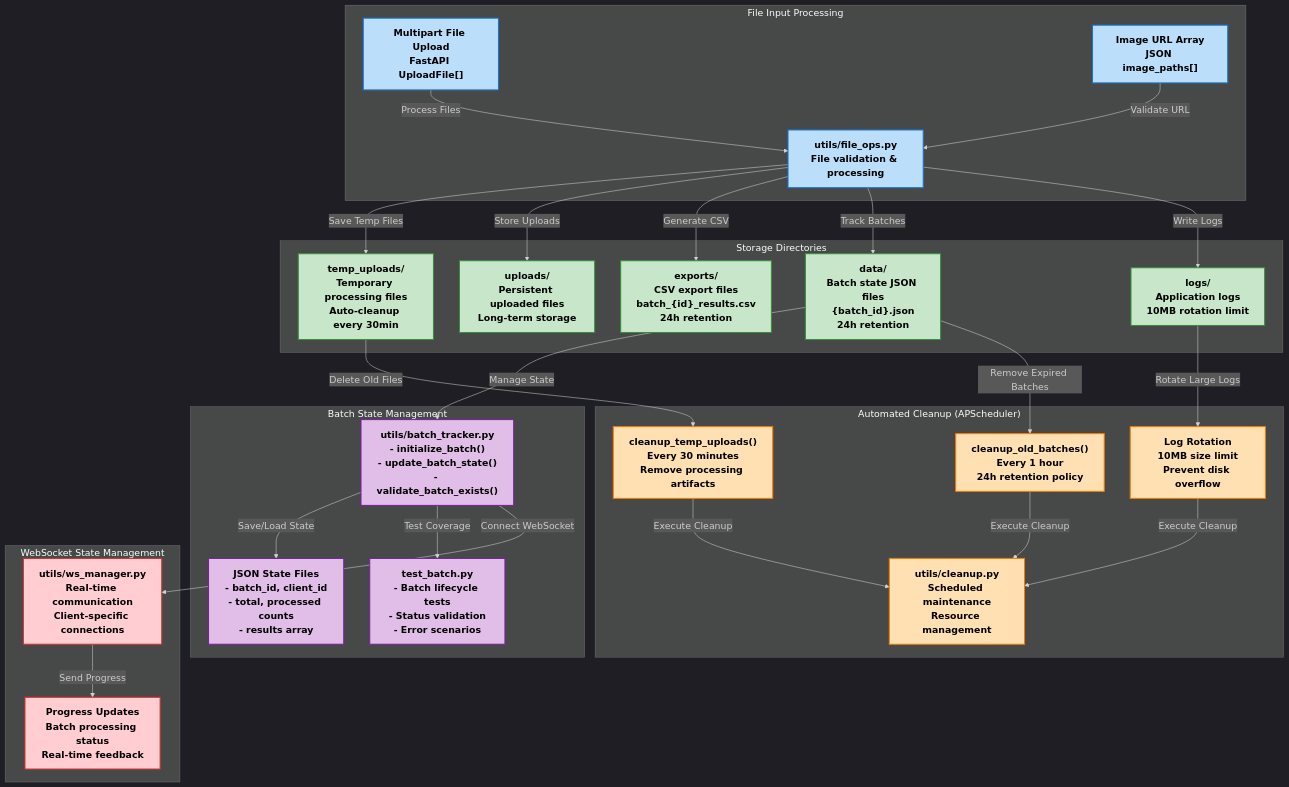
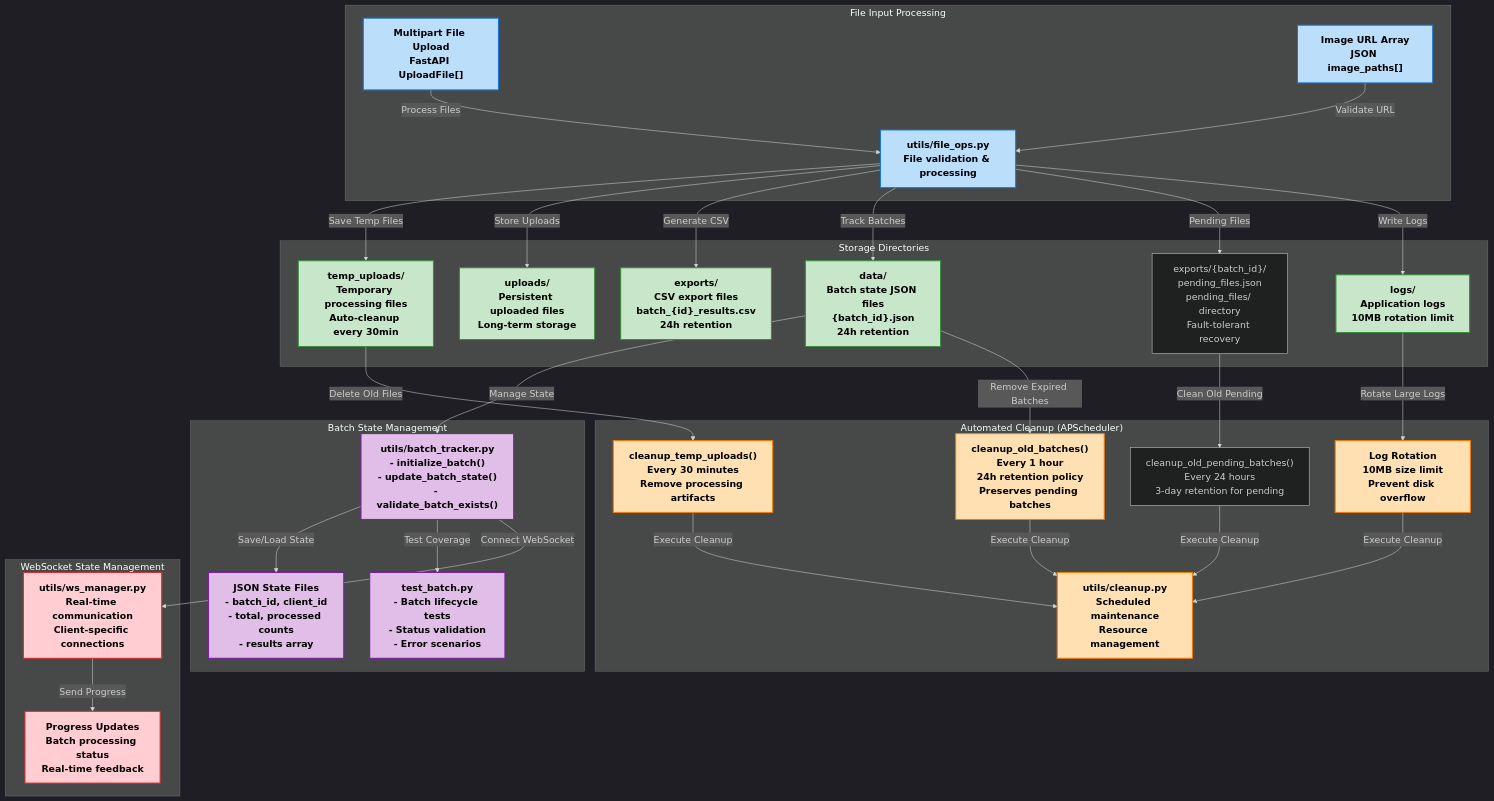
The ninth of 10 diagrams in README.md (Dhruv0306/SymphonyProject1), drawn with Mermaid before and after one commit. The commit also changed other lines of this file and 12 other files, not shown here.

First line of the commit message:
feat: implement resumable file batch recovery and pending image tracking

````diff
--- a/README.md
+++ b/README.md
@@ -962,53 +1047,56 @@
 ```mermaid
 %%{init: {'theme': 'dark', 'themeVariables': { 'fontFamily': 'arial', 'fontSize': '18px', 'fontWeight': 'bold'}}}%%
 graph TD
     subgraph "File Input Processing"
         style A1 fill:#bbdefb,stroke:#1976d2,stroke-width:2px,color:#000000,font-weight:bold
         style A2 fill:#bbdefb,stroke:#1976d2,stroke-width:2px,color:#000000,font-weight:bold
         style A3 fill:#bbdefb,stroke:#1976d2,stroke-width:2px,color:#000000,font-weight:bold
         A1["Multipart File Upload<br/>FastAPI UploadFile[]"] -->|"Process Files"| A3["utils/file_ops.py<br/>File validation & processing"]
         A2["Image URL Array<br/>JSON image_paths[]"] -->|"Validate URL"| A3
     end
 
     subgraph "Storage Directories"
         style B1 fill:#c8e6c9,stroke:#388e3c,stroke-width:2px,color:#000000,font-weight:bold
         style B2 fill:#c8e6c9,stroke:#388e3c,stroke-width:2px,color:#000000,font-weight:bold
         style B3 fill:#c8e6c9,stroke:#388e3c,stroke-width:2px,color:#000000,font-weight:bold
         style B4 fill:#c8e6c9,stroke:#388e3c,stroke-width:2px,color:#000000,font-weight:bold
         style B5 fill:#c8e6c9,stroke:#388e3c,stroke-width:2px,color:#000000,font-weight:bold
         A3 -->|"Save Temp Files"| B1["temp_uploads/<br/>Temporary processing files<br/>Auto-cleanup every 30min"]
         A3 -->|"Store Uploads"| B2["uploads/<br/>Persistent uploaded files<br/>Long-term storage"]
         A3 -->|"Generate CSV"| B3["exports/<br/>CSV export files<br/>batch_{id}_results.csv<br/>24h retention"]
         A3 -->|"Track Batches"| B4["data/<br/>Batch state JSON files<br/>{batch_id}.json<br/>24h retention"]
+        A3 -->|"Pending Files"| B6["exports/{batch_id}/<br/>pending_files.json<br/>pending_files/ directory<br/>Fault-tolerant recovery"]
         A3 -->|"Write Logs"| B5["logs/<br/>Application logs<br/>10MB rotation limit"]
     end
 
     subgraph "Batch State Management"
         style C1 fill:#e1bee7,stroke:#7b1fa2,stroke-width:2px,color:#000000,font-weight:bold
         style C2 fill:#e1bee7,stroke:#7b1fa2,stroke-width:2px,color:#000000,font-weight:bold
         style C3 fill:#e1bee7,stroke:#7b1fa2,stroke-width:2px,color:#000000,font-weight:bold
         B4 -->|"Manage State"| C1["utils/batch_tracker.py<br/>- initialize_batch()<br/>- update_batch_state()<br/>- validate_batch_exists()"]
         C1 -->|"Save/Load State"| C2["JSON State Files<br/>- batch_id, client_id<br/>- total, processed counts<br/>- results array"]
         C1 -->|"Test Coverage"| C3["test_batch.py<br/>- Batch lifecycle tests<br/>- Status validation<br/>- Error scenarios"]
     end
 
     subgraph "Automated Cleanup (APScheduler)"
         style D1 fill:#ffe0b2,stroke:#f57c00,stroke-width:2px,color:#000000,font-weight:bold
         style D2 fill:#ffe0b2,stroke:#f57c00,stroke-width:2px,color:#000000,font-weight:bold
         style D3 fill:#ffe0b2,stroke:#f57c00,stroke-width:2px,color:#000000,font-weight:bold
         style D4 fill:#ffe0b2,stroke:#f57c00,stroke-width:2px,color:#000000,font-weight:bold
         B1 -->|"Delete Old Files"| D1["cleanup_temp_uploads()<br/>Every 30 minutes<br/>Remove processing artifacts"]
-        B4 -->|"Remove Expired Batches"| D2["cleanup_old_batches()<br/>Every 1 hour<br/>24h retention policy"]
+        B4 -->|"Remove Expired Batches"| D2["cleanup_old_batches()<br/>Every 1 hour<br/>24h retention policy<br/>Preserves pending batches"]
+        B6 -->|"Clean Old Pending"| D5["cleanup_old_pending_batches()<br/>Every 24 hours<br/>3-day retention for pending"]
         B5 -->|"Rotate Large Logs"| D3["Log Rotation<br/>10MB size limit<br/>Prevent disk overflow"]
         D1 -->|"Execute Cleanup"| D4["utils/cleanup.py<br/>Scheduled maintenance<br/>Resource management"]
         D2 -->|"Execute Cleanup"| D4
+        D5 -->|"Execute Cleanup"| D4
         D3 -->|"Execute Cleanup"| D4
     end
 
     subgraph "WebSocket State Management"
         style E1 fill:#ffcdd2,stroke:#d32f2f,stroke-width:2px,color:#000000,font-weight:bold
         style E2 fill:#ffcdd2,stroke:#d32f2f,stroke-width:2px,color:#000000,font-weight:bold
         C1 -->|"Connect WebSocket"| E1["utils/ws_manager.py<br/>Real-time communication<br/>Client-specific connections"]
         E1 -->|"Send Progress"| E2["Progress Updates<br/>Batch processing status<br/>Real-time feedback"]
     end
 ```
````
